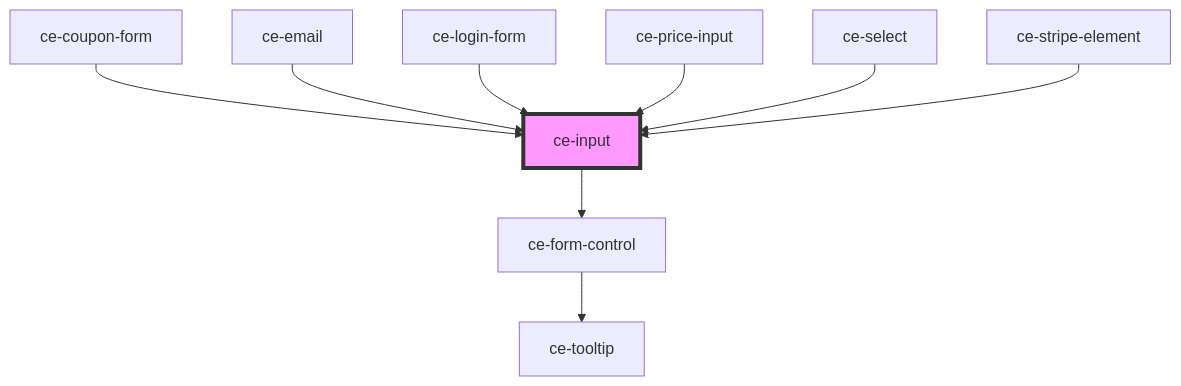
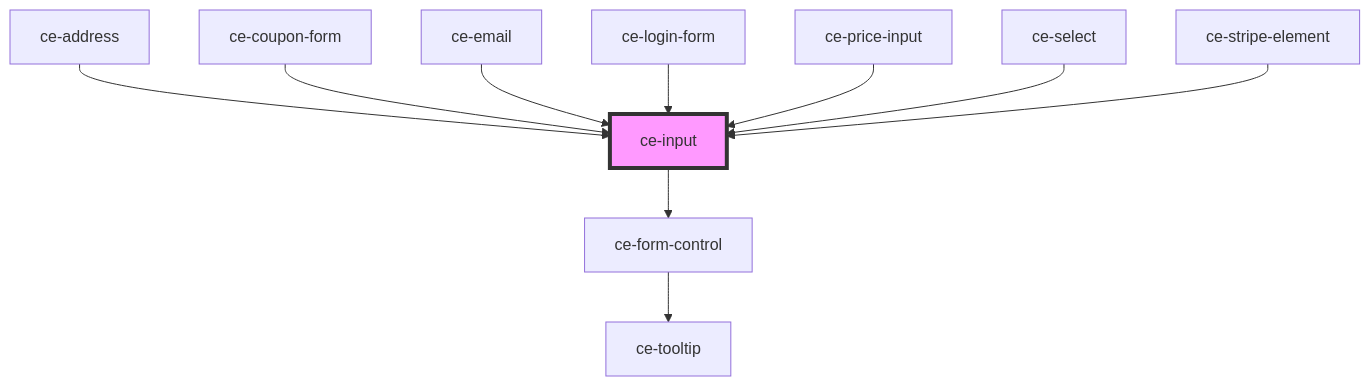
One commit to surecart/surecart-wp-plugin changed the diagram in packages/components/src/components/ui/input/readme.md. Above: the diagram before and after it, drawn with Mermaid. The commit also changed other lines of this file and 162 other files, not shown here.

````diff
--- a/packages/components/src/components/ui/input/readme.md
+++ b/packages/components/src/components/ui/input/readme.md
@@ -129,12 +135,13 @@
 ```mermaid
 graph TD;
   ce-input --> ce-form-control
   ce-form-control --> ce-tooltip
+  ce-address --> ce-input
   ce-coupon-form --> ce-input
   ce-email --> ce-input
   ce-login-form --> ce-input
   ce-price-input --> ce-input
   ce-select --> ce-input
   ce-stripe-element --> ce-input
   style ce-input fill:#f9f,stroke:#333,stroke-width:4px
 ```
````
